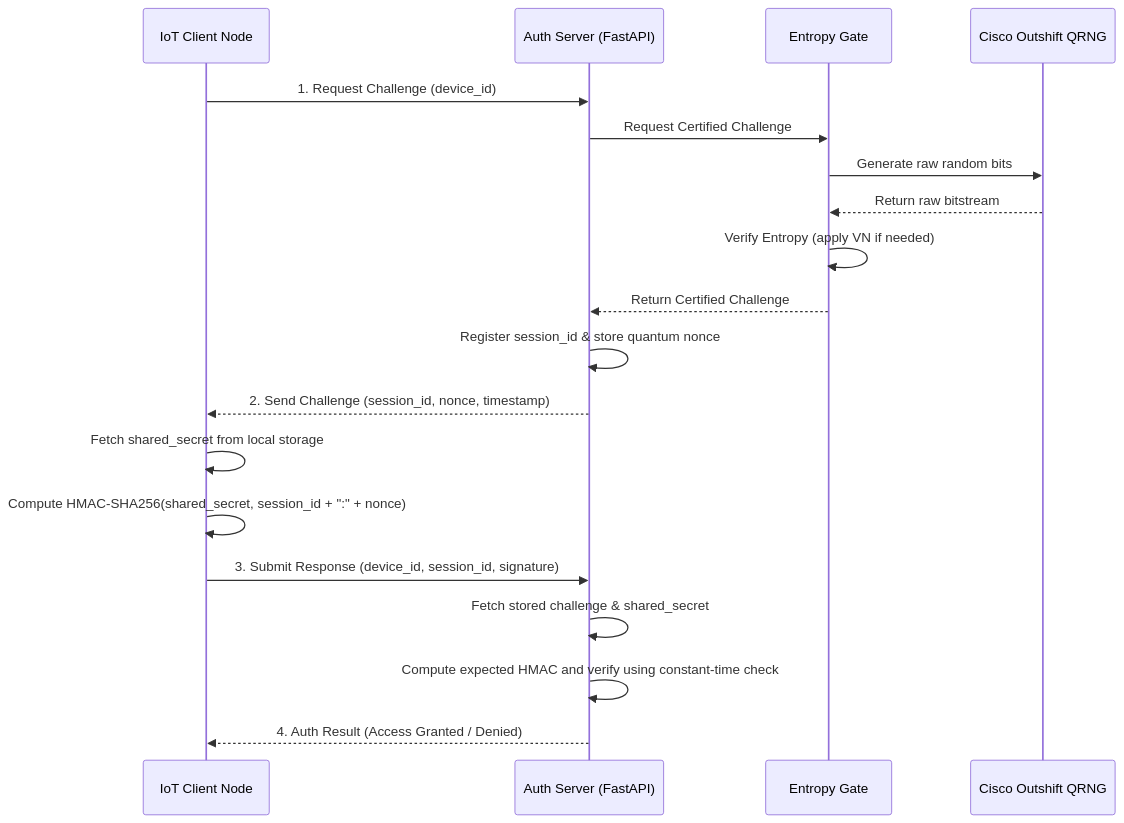
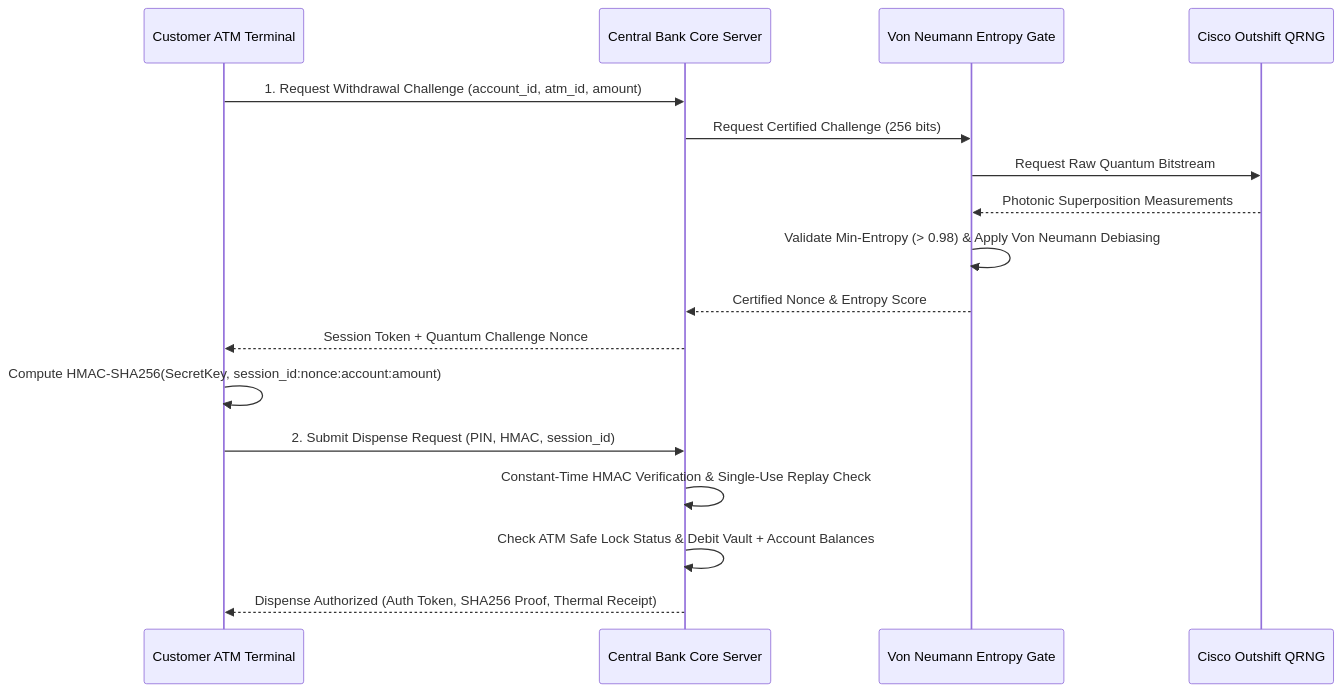
One commit to chendhuran15/QRNG changed the diagram in README.md. Above: the diagram before and after it, drawn with Mermaid. The commit also changed other lines of this file and 9 other files, not shown here.

Commit message:
feat: overhaul to Q-Vault Quantum-Secured Core Banking and ATM Cash Management System

````diff
--- a/README.md
+++ b/README.md
@@ -50,22 +43,20 @@
 ```mermaid
 sequenceDiagram
-    participant Client as IoT Client Node
-    participant Server as Auth Server (FastAPI)
-    participant EntropyGate as Entropy Gate
-    participant Quantum as Cisco Outshift QRNG
+    participant Customer as Customer ATM Terminal
+    participant BankServer as Central Bank Core Server
+    participant EntropyGate as Von Neumann Entropy Gate
+    participant CiscoQRNG as Cisco Outshift QRNG
 
-    Client->>Server: 1. Request Challenge (device_id)
-    Server->>EntropyGate: Request Certified Challenge
-    EntropyGate->>Quantum: Generate raw random bits
-    Quantum-->>EntropyGate: Return raw bitstream
-    EntropyGate->>EntropyGate: Verify Entropy (apply VN if needed)
-    EntropyGate-->>Server: Return Certified Challenge
-    Server->>Server: Register session_id & store quantum nonce
-    Server-->>Client: 2. Send Challenge (session_id, nonce, timestamp)
-    Client->>Client: Fetch shared_secret from local storage
-    Client->>Client: Compute HMAC-SHA256(shared_secret, session_id + ":" + nonce)
-    Client->>Server: 3. Submit Response (device_id, session_id, signature)
-    Server->>Server: Fetch stored challenge & shared_secret
-    Server->>Server: Compute expected HMAC and verify using constant-time check
-    Server-->>Client: 4. Auth Result (Access Granted / Denied)
+    Customer->>BankServer: 1. Request Withdrawal Challenge (account_id, atm_id, amount)
+    BankServer->>EntropyGate: Request Certified Challenge (256 bits)
+    EntropyGate->>CiscoQRNG: Request Raw Quantum Bitstream
+    CiscoQRNG-->>EntropyGate: Photonic Superposition Measurements
+    EntropyGate->>EntropyGate: Validate Min-Entropy (> 0.98) & Apply Von Neumann Debiasing
+    EntropyGate-->>BankServer: Certified Nonce & Entropy Score
+    BankServer-->>Customer: Session Token + Quantum Challenge Nonce
+    Customer->>Customer: Compute HMAC-SHA256(SecretKey, session_id:nonce:account:amount)
+    Customer->>BankServer: 2. Submit Dispense Request (PIN, HMAC, session_id)
+    BankServer->>BankServer: Constant-Time HMAC Verification & Single-Use Replay Check
+    BankServer->>BankServer: Check ATM Safe Lock Status & Debit Vault + Account Balances
+    BankServer-->>Customer: Dispense Authorized (Auth Token, SHA256 Proof, Thermal Receipt)
 ```
````
